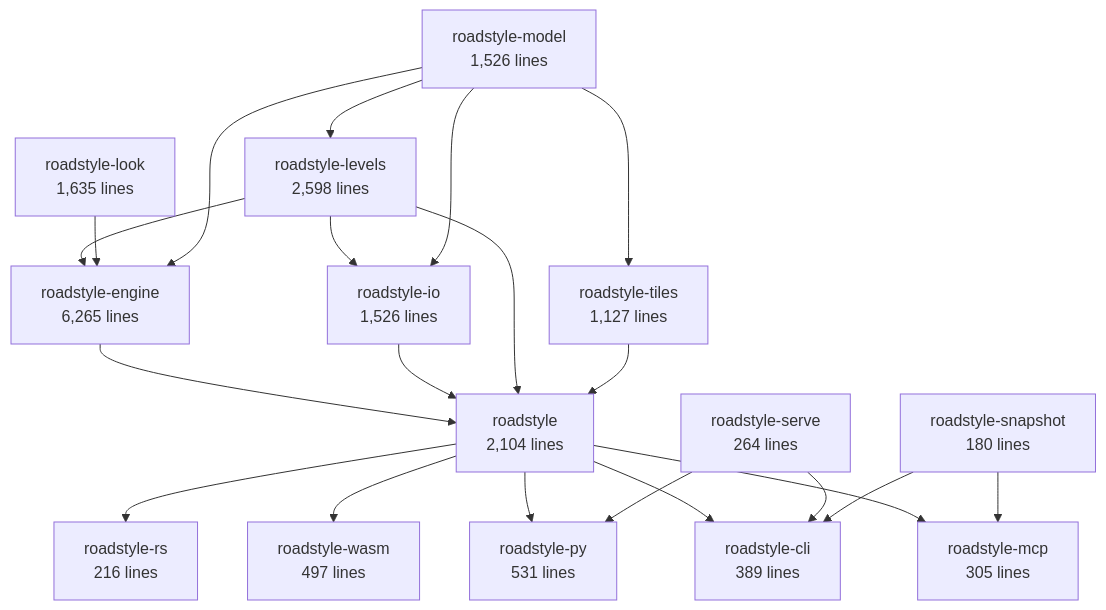
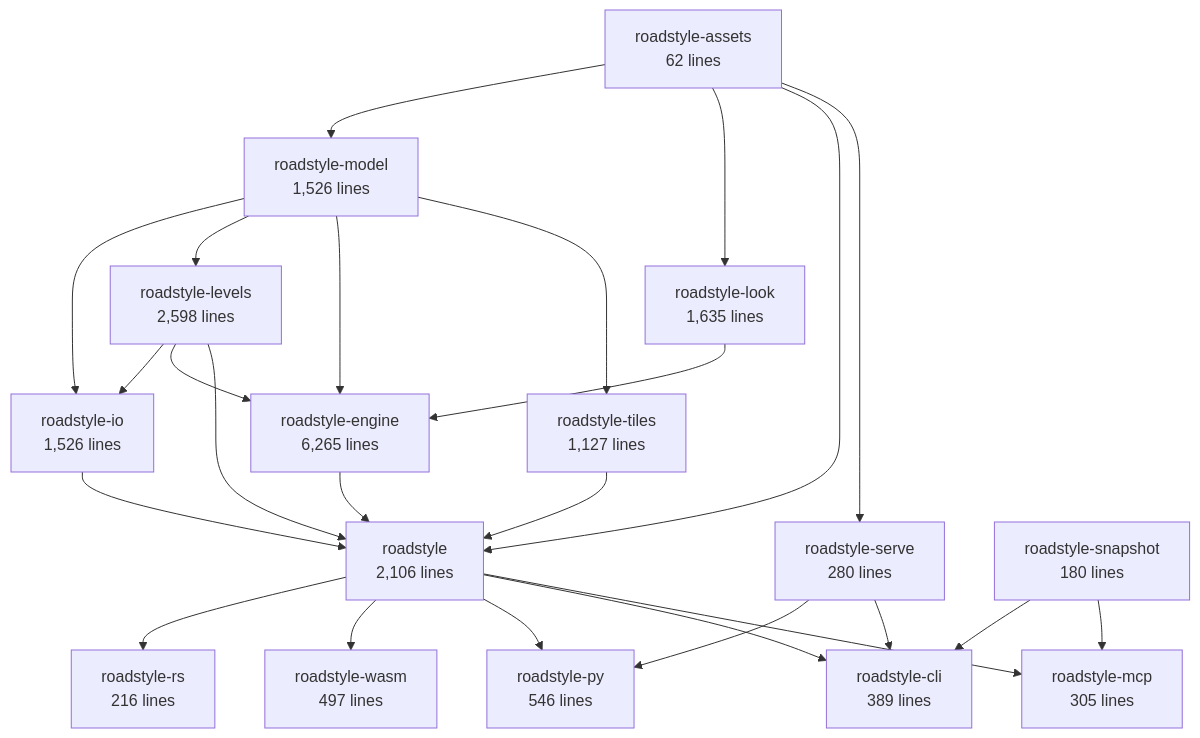
One commit to Khoshkhah/roadstyle changed the second of 6 diagrams in docs/rust/architecture.md. Above: the diagram before and after it, drawn with Mermaid. The commit also changed other lines of this file and 136 other files, not shown here.

````diff
--- a/docs/rust/architecture.md
+++ b/docs/rust/architecture.md
@@ -70,37 +70,42 @@
 ```mermaid
 flowchart TB
+    roadstyle_assets["roadstyle-assets<br/>62 lines"]
     roadstyle_model["roadstyle-model<br/>1,526 lines"]
     roadstyle_look["roadstyle-look<br/>1,635 lines"]
     roadstyle_io["roadstyle-io<br/>1,526 lines"]
     roadstyle_levels["roadstyle-levels<br/>2,598 lines"]
     roadstyle_engine["roadstyle-engine<br/>6,265 lines"]
     roadstyle_tiles["roadstyle-tiles<br/>1,127 lines"]
-    roadstyle["roadstyle<br/>2,104 lines"]
+    roadstyle["roadstyle<br/>2,106 lines"]
     roadstyle_rs["roadstyle-rs<br/>216 lines"]
     roadstyle_wasm["roadstyle-wasm<br/>497 lines"]
-    roadstyle_py["roadstyle-py<br/>531 lines"]
+    roadstyle_py["roadstyle-py<br/>546 lines"]
     roadstyle_cli["roadstyle-cli<br/>389 lines"]
     roadstyle_mcp["roadstyle-mcp<br/>305 lines"]
-    roadstyle_serve["roadstyle-serve<br/>264 lines"]
+    roadstyle_serve["roadstyle-serve<br/>280 lines"]
     roadstyle_snapshot["roadstyle-snapshot<br/>180 lines"]
+    roadstyle_assets --> roadstyle_model
+    roadstyle_assets --> roadstyle_look
     roadstyle_levels --> roadstyle_io
     roadstyle_model --> roadstyle_io
     roadstyle_model --> roadstyle_levels
     roadstyle_levels --> roadstyle_engine
     roadstyle_look --> roadstyle_engine
     roadstyle_model --> roadstyle_engine
     roadstyle_model --> roadstyle_tiles
+    roadstyle_assets --> roadstyle
     roadstyle_engine --> roadstyle
     roadstyle_io --> roadstyle
     roadstyle_levels --> roadstyle
     roadstyle_tiles --> roadstyle
     roadstyle --> roadstyle_rs
     roadstyle --> roadstyle_wasm
     roadstyle --> roadstyle_py
     roadstyle_serve --> roadstyle_py
     roadstyle --> roadstyle_cli
     roadstyle_serve --> roadstyle_cli
     roadstyle_snapshot --> roadstyle_cli
     roadstyle --> roadstyle_mcp
     roadstyle_snapshot --> roadstyle_mcp
+    roadstyle_assets --> roadstyle_serve
 ```
````
